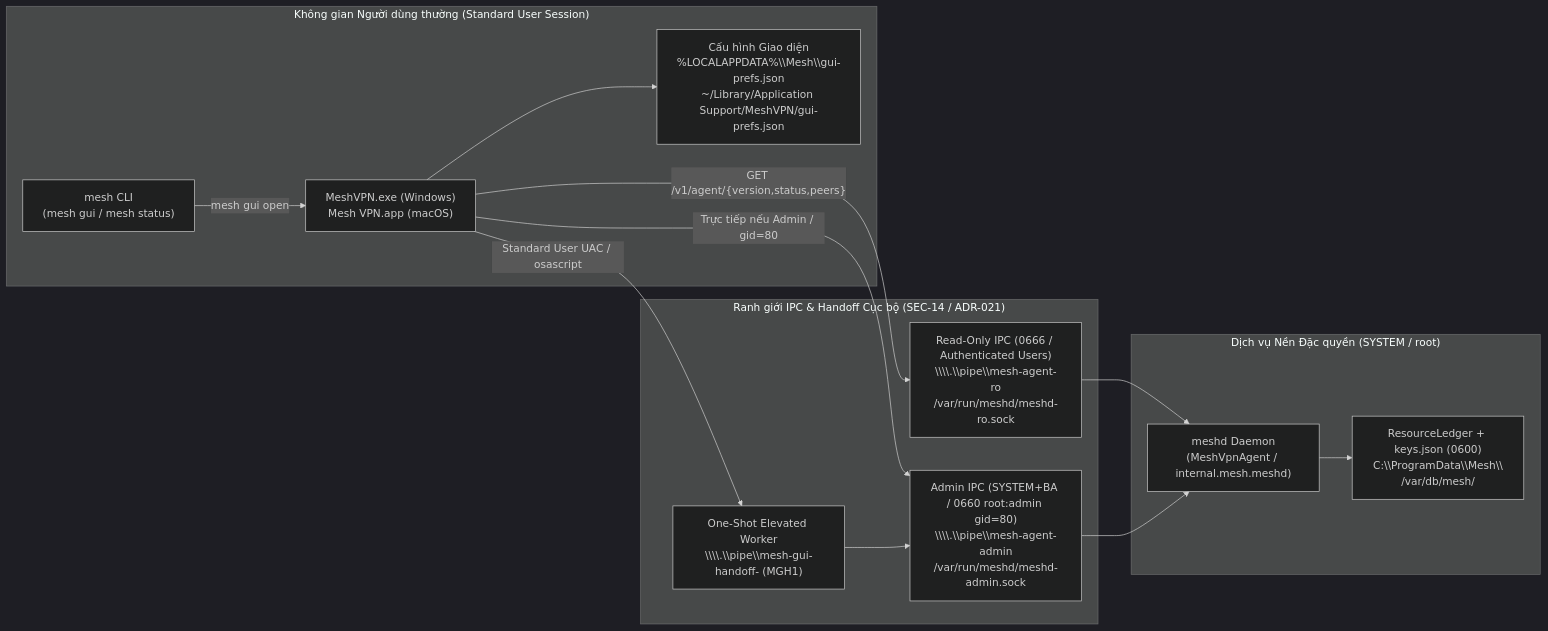
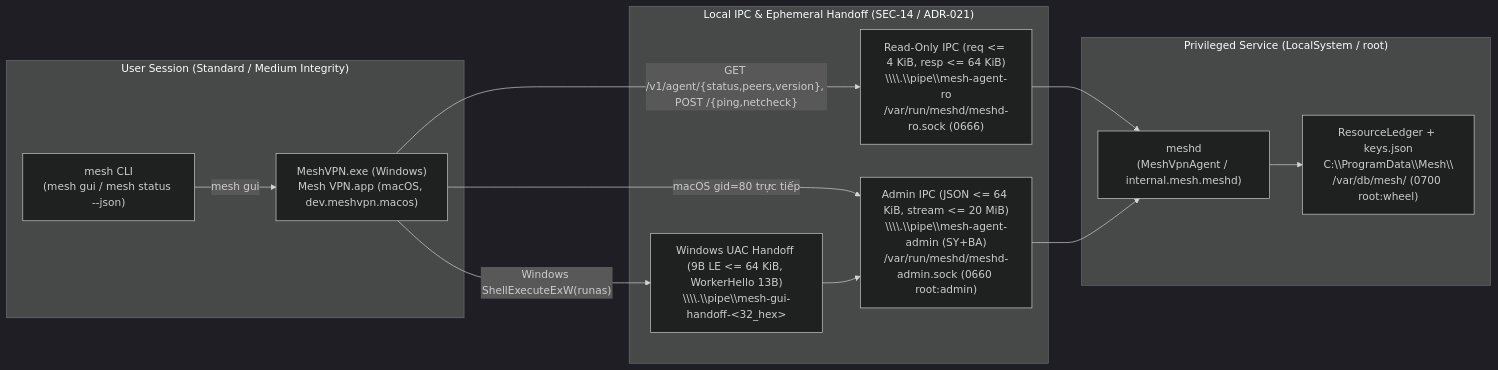
Before and after one commit to nguyenvando420-spec/mesh-vpn: the diagram in docs/06-operations/desktop-gui-operational-runbook.md, drawn with Mermaid (dark theme). The commit also changed other lines of this file and 31 other files, not shown here.

````diff
--- a/docs/06-operations/desktop-gui-operational-runbook.md
+++ b/docs/06-operations/desktop-gui-operational-runbook.md
@@ -20,29 +20,27 @@
 ```mermaid
 flowchart LR
-    subgraph UserSpace["Không gian Người dùng thường (Standard User Session)"]
-        GUI["MeshVPN.exe (Windows)<br/>Mesh VPN.app (macOS)"]
-        CLI["mesh CLI<br/>(mesh gui / mesh status)"]
-        PREFS["Cấu hình Giao diện<br/>%LOCALAPPDATA%\\Mesh\\gui-prefs.json<br/>~/Library/Application Support/MeshVPN/gui-prefs.json"]
+    subgraph UserSpace["User Session (Standard / Medium Integrity)"]
+        GUI["MeshVPN.exe (Windows)\nMesh VPN.app (macOS, dev.meshvpn.macos)"]
+        CLI["mesh CLI\n(mesh gui / mesh status --json)"]
     end
 
-    subgraph IPCBridge["Ranh giới IPC & Handoff Cục bộ (SEC-14 / ADR-021)"]
-        RO["Read-Only IPC (0666 / Authenticated Users)<br/>\\\\.\\pipe\\mesh-agent-ro<br/>/var/run/meshd/meshd-ro.sock"]
-        ADMIN["Admin IPC (SYSTEM+BA / 0660 root:admin gid=80)<br/>\\\\.\\pipe\\mesh-agent-admin<br/>/var/run/meshd/meshd-admin.sock"]
-        MGH1["One-Shot Elevated Worker<br/>\\\\.\\pipe\\mesh-gui-handoff-<hex> (MGH1)"]
+    subgraph IPC["Local IPC & Ephemeral Handoff (SEC-14 / ADR-021)"]
+        RO["Read-Only IPC (req <= 4 KiB, resp <= 64 KiB)\n\\\\.\\pipe\\mesh-agent-ro\n/var/run/meshd/meshd-ro.sock (0666)"]
+        ADMIN["Admin IPC (JSON <= 64 KiB, stream <= 20 MiB)\n\\\\.\\pipe\\mesh-agent-admin (SY+BA)\n/var/run/meshd/meshd-admin.sock (0660 root:admin)"]
+        MGH1["Windows UAC Handoff (9B LE <= 64 KiB, WorkerHello 13B)\n\\\\.\\pipe\\mesh-gui-handoff-<32_hex>"]
     end
 
-    subgraph PrivilegedDaemon["Dịch vụ Nền Đặc quyền (SYSTEM / root)"]
-        MESHD["meshd Daemon<br/>(MeshVpnAgent / internal.mesh.meshd)"]
-        LEDGER["ResourceLedger + keys.json (0600)<br/>C:\\ProgramData\\Mesh\\<br/>/var/db/mesh/"]
+    subgraph Daemon["Privileged Service (LocalSystem / root)"]
+        MESHD["meshd\n(MeshVpnAgent / internal.mesh.meshd)"]
+        STATE["ResourceLedger + keys.json\nC:\\ProgramData\\Mesh\\\n/var/db/mesh/ (0700 root:wheel)"]
     end
 
-    GUI --> PREFS
-    CLI -->|"mesh gui open"| GUI
-    GUI -->|"GET /v1/agent/{version,status,peers}"| RO
-    GUI -->|"Trực tiếp nếu Admin / gid=80"| ADMIN
-    GUI -->|"Standard User UAC / osascript"| MGH1
+    CLI -->|"mesh gui"| GUI
+    GUI -->|"GET /v1/agent/{status,peers,version}, POST /{ping,netcheck}"| RO
+    GUI -->|"macOS gid=80 trực tiếp"| ADMIN
+    GUI -->|"Windows ShellExecuteExW(runas)"| MGH1
     MGH1 --> ADMIN
     RO --> MESHD
     ADMIN --> MESHD
-    MESHD --> LEDGER
+    MESHD --> STATE
 ```
````
